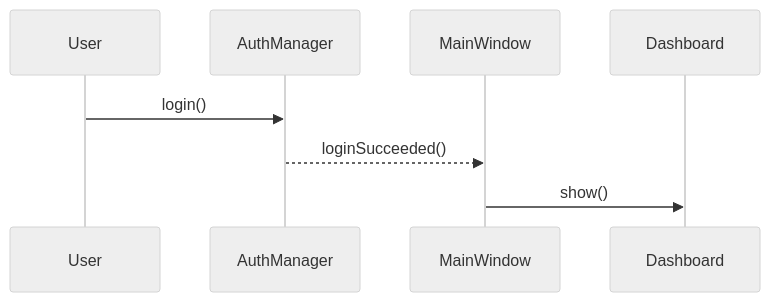
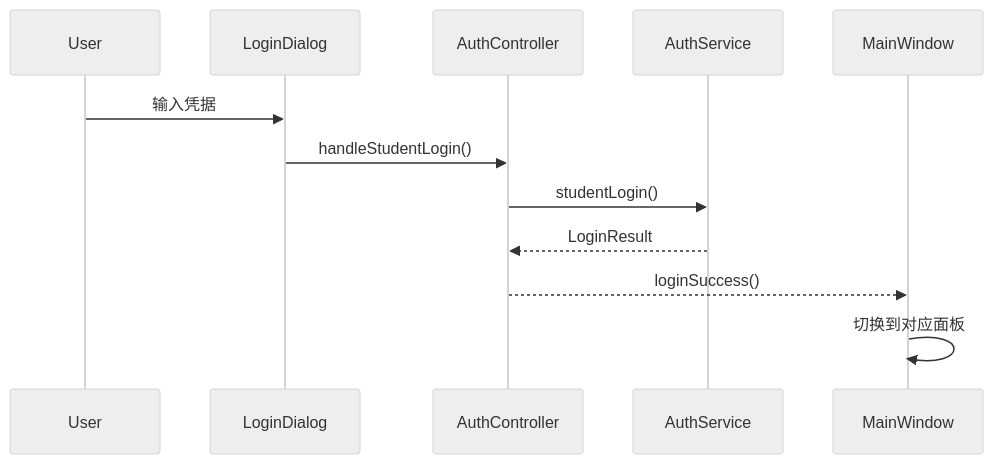
The first of 4 diagrams in docs/api/signals-slots.md (AstroAir/software-design), drawn with Mermaid (neutral theme) before and after one commit. The commit also changed other lines of this file and 6 other files, not shown here.

Commit message:
Update documentation to reflect MVC architecture refactoring, rename managers to services/controllers, and reorganize API reference structure

````diff
--- a/docs/api/signals-slots.md
+++ b/docs/api/signals-slots.md
@@ -9,11 +9,15 @@
 ```mermaid
 sequenceDiagram
     participant User
-    participant AuthManager
+    participant LoginDialog
+    participant AuthController
+    participant AuthService
     participant MainWindow
-    participant Dashboard
 
-    User->>AuthManager: login()
-    AuthManager-->>MainWindow: loginSucceeded()
-    MainWindow->>Dashboard: show()
+    User->>LoginDialog: 输入凭据
+    LoginDialog->>AuthController: handleStudentLogin()
+    AuthController->>AuthService: studentLogin()
+    AuthService-->>AuthController: LoginResult
+    AuthController-->>MainWindow: loginSuccess()
+    MainWindow->>MainWindow: 切换到对应面板
 ```
````
